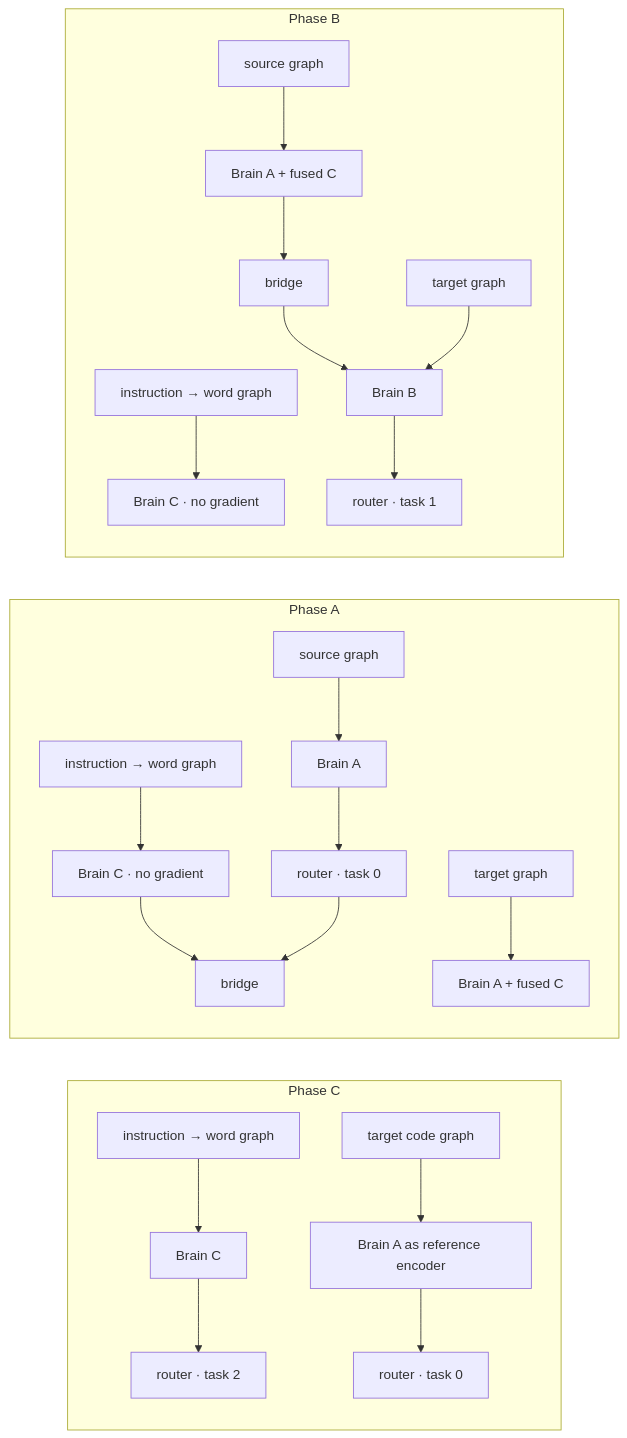
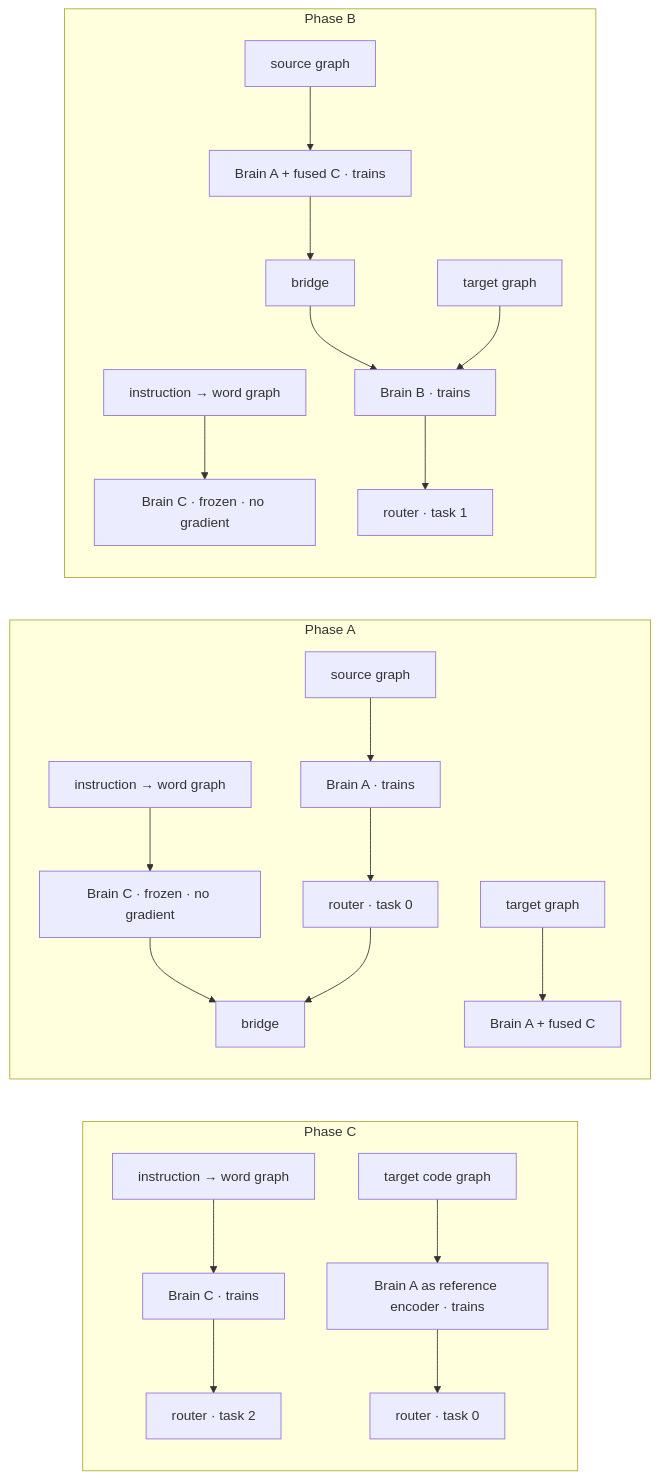
The third of 5 diagrams in README.md (FWKTechnologies/CodeMind-Code-Intelligence), drawn with Mermaid before and after one commit. The commit also changed other lines of this file, not shown here.

````diff
--- a/README.md
+++ b/README.md
@@ -310,23 +332,23 @@
 ```mermaid
 flowchart LR
     subgraph PC[Phase C]
-      LG1[instruction → word graph] --> BC1[Brain C]
-      TG1[target code graph] --> BA1[Brain A as reference encoder]
+      LG1[instruction → word graph] --> BC1[Brain C · trains]
+      TG1[target code graph] --> BA1[Brain A as reference encoder · trains]
       BC1 --> R1[router · task 2]
       BA1 --> R0[router · task 0]
     end
     subgraph PA[Phase A]
-      LG2[instruction → word graph] --> BC2[Brain C · no gradient]
+      LG2[instruction → word graph] --> BC2[Brain C · frozen · no gradient]
       BC2 --> BRG[bridge]
-      SG2[source graph] --> BA2[Brain A]
+      SG2[source graph] --> BA2[Brain A · trains]
       BA2 --> RA[router · task 0] --> BRG
       TG2[target graph] --> BA3[Brain A + fused C]
     end
     subgraph PB[Phase B]
-      LG3[instruction → word graph] --> BC3[Brain C · no gradient]
-      SG3[source graph] --> BA4[Brain A + fused C]
-      BA4 --> BRG2[bridge] --> BB4[Brain B]
+      LG3[instruction → word graph] --> BC3[Brain C · frozen · no gradient]
+      SG3[source graph] --> BA4[Brain A + fused C · trains]
+      BA4 --> BRG2[bridge] --> BB4[Brain B · trains]
       TG3[target graph] --> BB4
       BB4 --> RB[router · task 1]
     end
 ```
````
